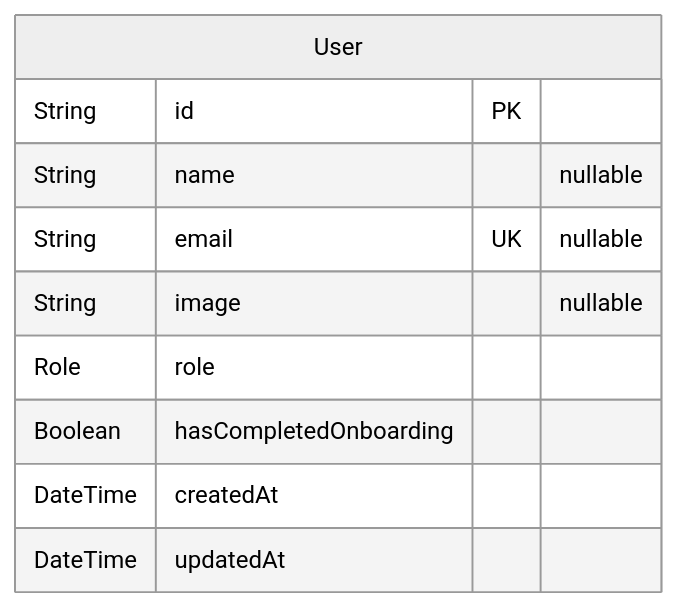
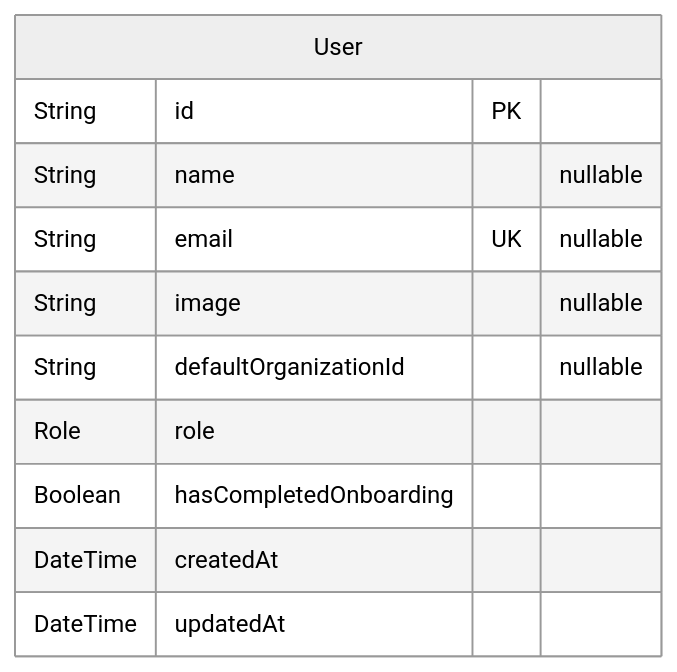
Before and after one commit to rayven122/tumiki: the sixth of 7 diagrams in packages/db/prisma/README.md, drawn with Mermaid (neutral theme). The commit also changed other lines of this file and 4 other files, not shown here.

````diff
--- a/packages/db/prisma/README.md
+++ b/packages/db/prisma/README.md
@@ -807,13 +815,14 @@
 ```mermaid
 erDiagram
 "User" {
   String id PK
   String name "nullable"
   String email UK "nullable"
   String image "nullable"
+  String defaultOrganizationId "nullable"
   Role role
   Boolean hasCompletedOnboarding
   DateTime createdAt
   DateTime updatedAt
 }
 ```
````
